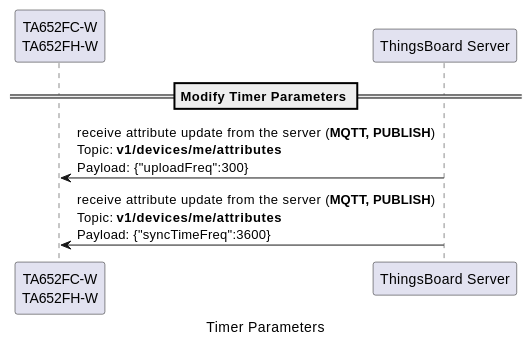
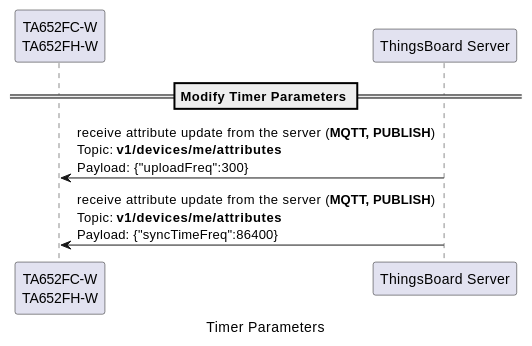
One commit to avantec-iot/avantec-thingsboard changed diagram 12 of 17 in docs/device/ta652fc-w/ta652fc-w-mqtt-api.rst. Above: the diagram before and after it, drawn with PlantUML. The commit also changed other lines of this file and 1 other file, not shown here.

Commit message:
syncTimeFreq, a shared attributes, deault value is 86400 (24*3600) seconds

```diff
--- a/docs/device/ta652fc-w/ta652fc-w-mqtt-api.rst
+++ b/docs/device/ta652fc-w/ta652fc-w-mqtt-api.rst
@@ -797,10 +797,10 @@
   .. uml::
 
     caption  Timer Parameters
 
     participant "TA652FC-W\nTA652FH-W" as TBDev order 10
     participant "ThingsBoard Server"  as TBSrv order 20 
 
     == Modify Timer Parameters ==
     TBDev  <-  TBSrv: receive attribute update from the server (**MQTT, PUBLISH**) \nTopic: **v1/devices/me/attributes** \nPayload: {"uploadFreq":300}
-    TBDev  <-  TBSrv: receive attribute update from the server (**MQTT, PUBLISH**) \nTopic: **v1/devices/me/attributes** \nPayload: {"syncTimeFreq":3600}
+    TBDev  <-  TBSrv: receive attribute update from the server (**MQTT, PUBLISH**) \nTopic: **v1/devices/me/attributes** \nPayload: {"syncTimeFreq":86400}
```
